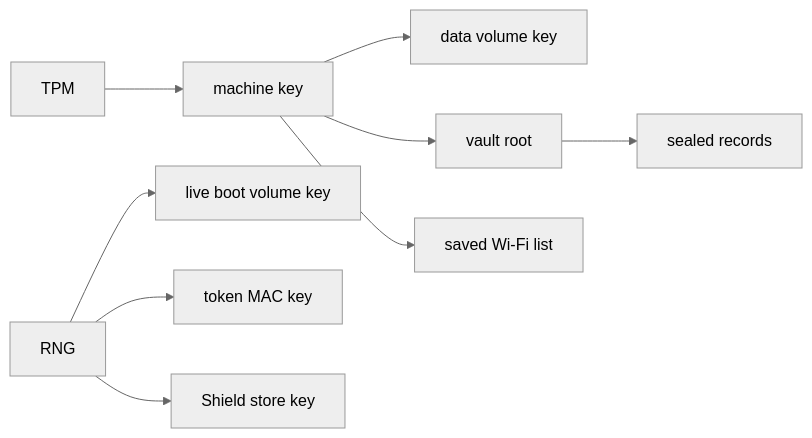
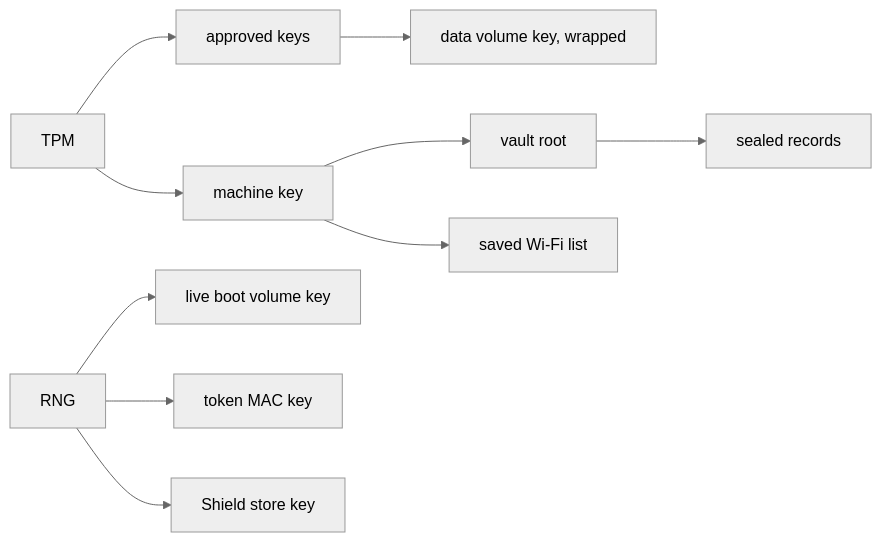
The diagram in docs/security/device-secrets-and-keys.md (NON-OS/microkernel), drawn with Mermaid (neutral theme) before and after one commit. The commit also changed other lines of this file and 3 other files, not shown here.

First line of the commit message:
docs: the data volume's wrapped key and its handover

````diff
--- a/docs/security/device-secrets-and-keys.md
+++ b/docs/security/device-secrets-and-keys.md
@@ -13,11 +13,12 @@
 ```mermaid
 flowchart LR
     T["TPM"] --> MK["machine key"]
-    MK --> DV["data volume key"]
+    T --> AP["approved keys"]
+    AP --> DV["data volume key, wrapped"]
     MK --> VR["vault root"]
     MK --> W["saved Wi-Fi list"]
     VR --> R["sealed records"]
     RNG["RNG"] --> S["live boot volume key"]
     RNG --> TK["token MAC key"]
     RNG --> SK["Shield store key"]
 ```
````
